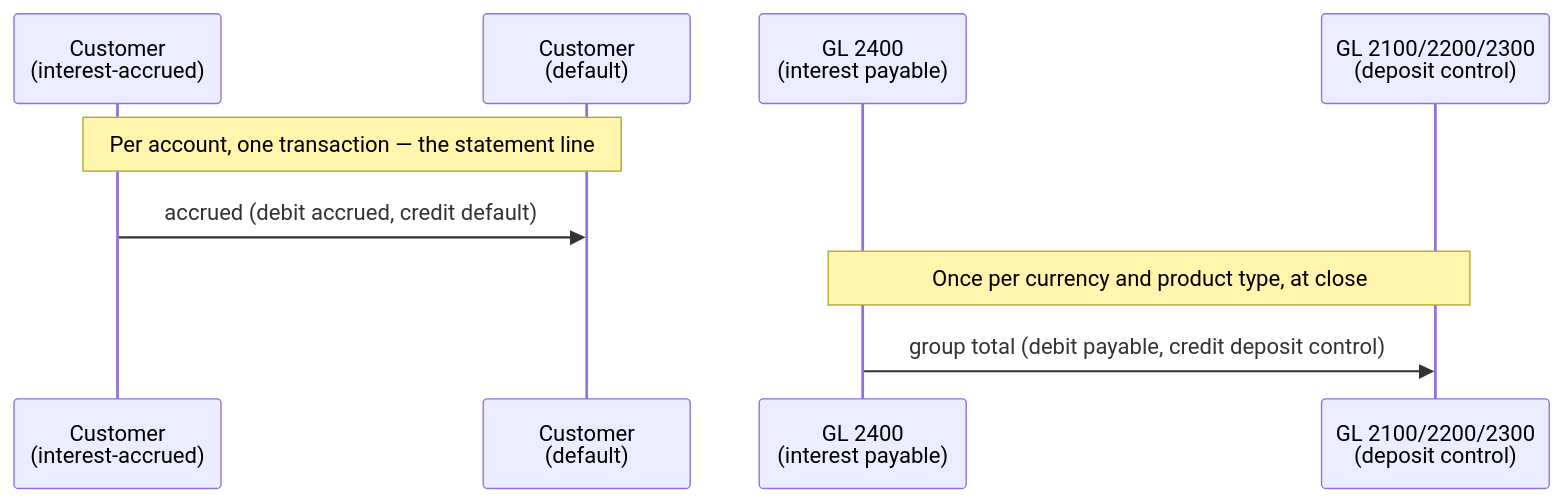
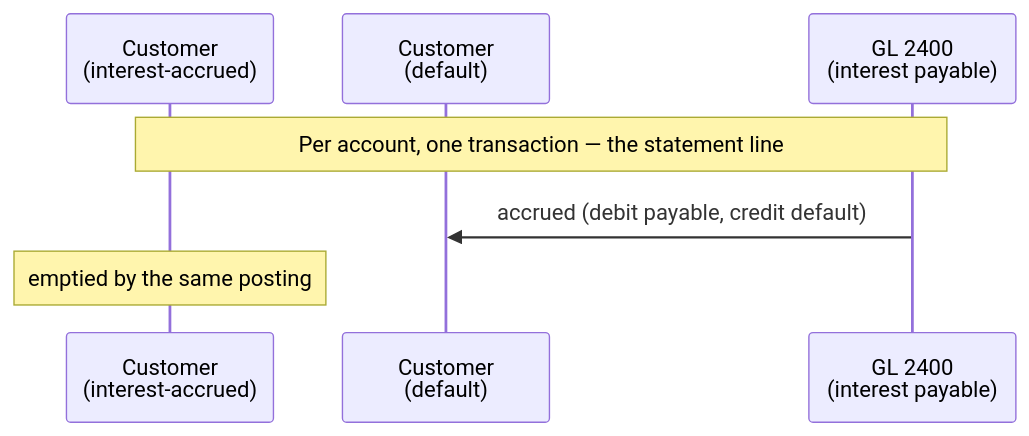
One commit to repldriven/queenswood changed the second of 2 diagrams in docs/tdd/interest.md. Above: the diagram before and after it, drawn with Mermaid. The commit also changed other lines of this file and 42 other files, not shown here.

````diff
--- a/docs/tdd/interest.md
+++ b/docs/tdd/interest.md
@@ -286,12 +285,10 @@
 ```mermaid
 sequenceDiagram
     participant A as Customer<br/>(interest-accrued)
     participant D as Customer<br/>(default)
     participant P as GL 2400<br/>(interest payable)
-    participant C as GL 2100/2200/2300<br/>(deposit control)
 
-    Note over A,D: Per account, one transaction — the statement line
-    A->>D: accrued (debit accrued, credit default)
-    Note over P,C: Once per currency and product type, at close
-    P->>C: group total (debit payable, credit deposit control)
+    Note over A,P: Per account, one transaction — the statement line
+    P->>D: accrued (debit payable, credit default)
+    Note over A: emptied by the same posting
 ```
````
